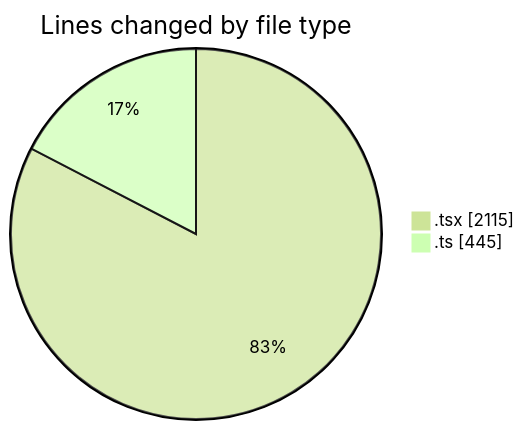
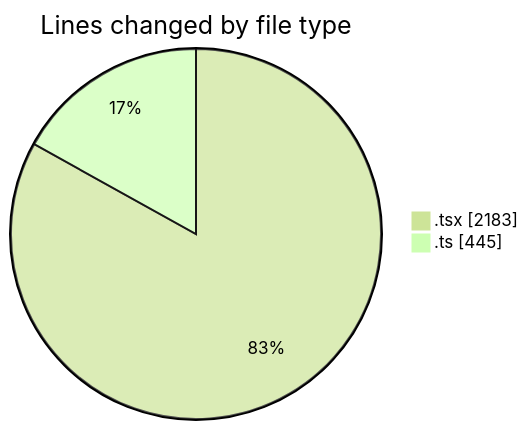
One commit to momahboobian/code-tracking changed the first of 2 diagrams in 2025-09-24/cda/README.md. Above: the diagram before and after it, drawn with Mermaid (forest theme). The commit also changed other lines of this file and 1 other file, not shown here.

````diff
--- a/2025-09-24/cda/README.md
+++ b/2025-09-24/cda/README.md
@@ -29,6 +30,6 @@
 ```mermaid
 pie showData
 title Lines changed by file type
-".tsx" : 2115
+".tsx" : 2183
 ".ts" : 445
 ```
````
